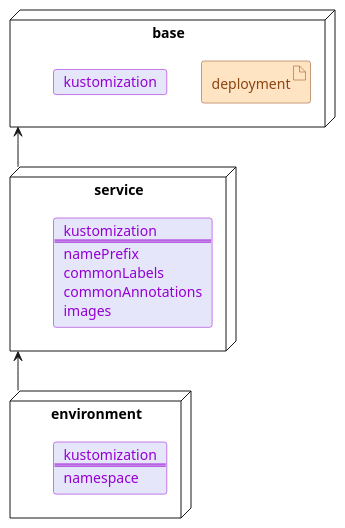
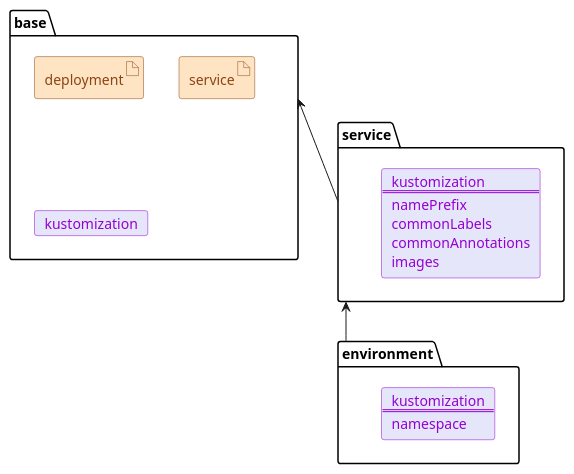
One commit to LanDinh/khaleesi-ninja changed the diagram in documentation/images/kubernetes-folder-structure.puml. Above: the diagram before and after it, drawn with PlantUML. The commit also changed 6 other files, not shown here.

```diff
--- a/documentation/images/kubernetes-folder-structure.puml
+++ b/documentation/images/kubernetes-folder-structure.puml
@@ -1,41 +1,42 @@
 @startuml
 <style>
 artifact {
   BackgroundColor bisque
   LineColor saddlebrown
   FontColor saddlebrown
 }
 card {
   BackgroundColor lavender
   LineColor darkviolet
   FontColor darkviolet
 }
 </style>
 
-node base {
+folder base {
   artifact deployment as base_deployment
+  artifact service as base_service
   card kustomization as base_kustomization
 }
 
-node service {
+folder service {
   card service_kustomization [
     kustomization
     ====
     namePrefix
     commonLabels
     commonAnnotations
     images
   ]
 }
 
-node environment {
+folder environment {
   card environment_kustomization [
     kustomization
     ====
     namespace
   ]
 }
 
 base <-- service
 service <-- environment
 @enduml
```
